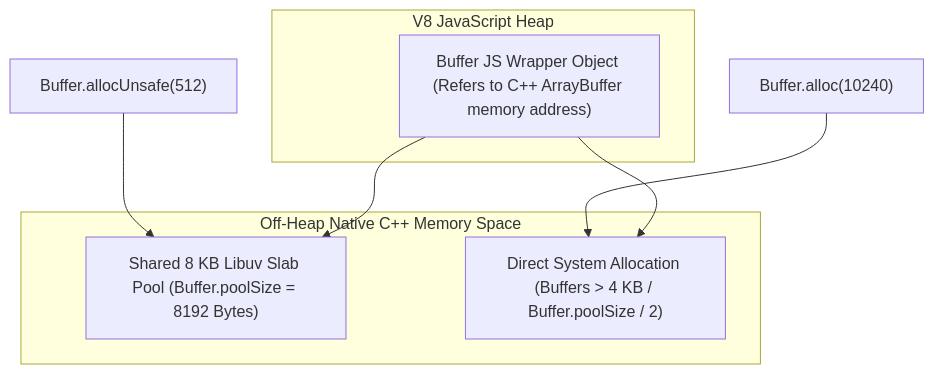
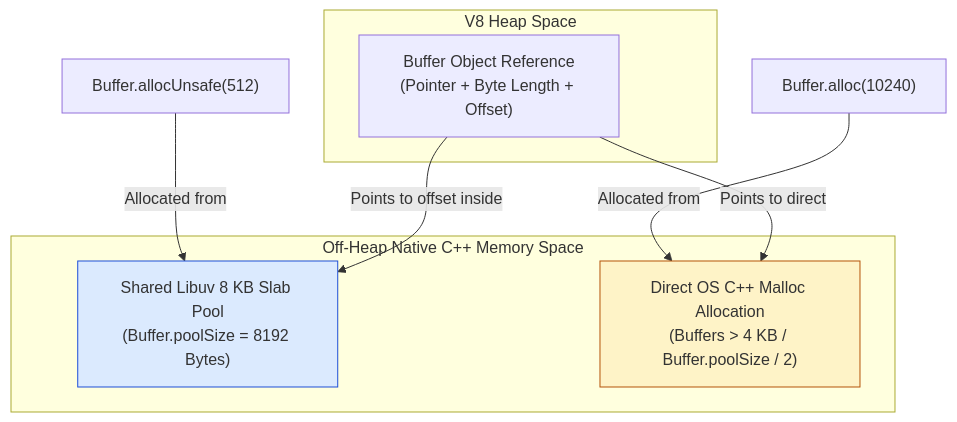
The first of 3 diagrams in nodejs-notes/05-buffers.md (Amie-dev/engineering-playbook), drawn with Mermaid before and after one commit. The commit also changed other lines of this file and 31 other files, not shown here.

````diff
--- a/nodejs-notes/05-buffers.md
+++ b/nodejs-notes/05-buffers.md
@@ -15,16 +17,19 @@
 ```mermaid
-graph TD
-    subgraph V8 JavaScript Heap
-        JSBuffer["Buffer JS Wrapper Object (Refers to C++ ArrayBuffer memory address)"]
+flowchart TD
+    subgraph V8 Heap Space
+        JSBuf["Buffer Object Reference<br/>(Pointer + Byte Length + Offset)"]
     end
 
     subgraph Off-Heap Native C++ Memory Space
-        SlabPool["Shared 8 KB Libuv Slab Pool (Buffer.poolSize = 8192 Bytes)"]
-        DirectMem["Direct System Allocation (Buffers > 4 KB / Buffer.poolSize / 2)"]
+        SlabPool["Shared Libuv 8 KB Slab Pool<br/>(Buffer.poolSize = 8192 Bytes)"]
+        DirectMem["Direct OS C++ Malloc Allocation<br/>(Buffers > 4 KB / Buffer.poolSize / 2)"]
     end
 
-    AllocSmall["Buffer.allocUnsafe(512)"] --> SlabPool
-    AllocLarge["Buffer.alloc(10240)"] --> DirectMem
-    JSBuffer --> SlabPool
-    JSBuffer --> DirectMem
+    AllocSmall["Buffer.allocUnsafe(512)"] -->|Allocated from| SlabPool
+    AllocLarge["Buffer.alloc(10240)"] -->|Allocated from| DirectMem
+    JSBuf -->|Points to offset inside| SlabPool
+    JSBuf -->|Points to direct| DirectMem
+
+    style SlabPool fill:#dbeafe,stroke:#1d4ed8
+    style DirectMem fill:#fef3c7,stroke:#b45309
 ```
````
